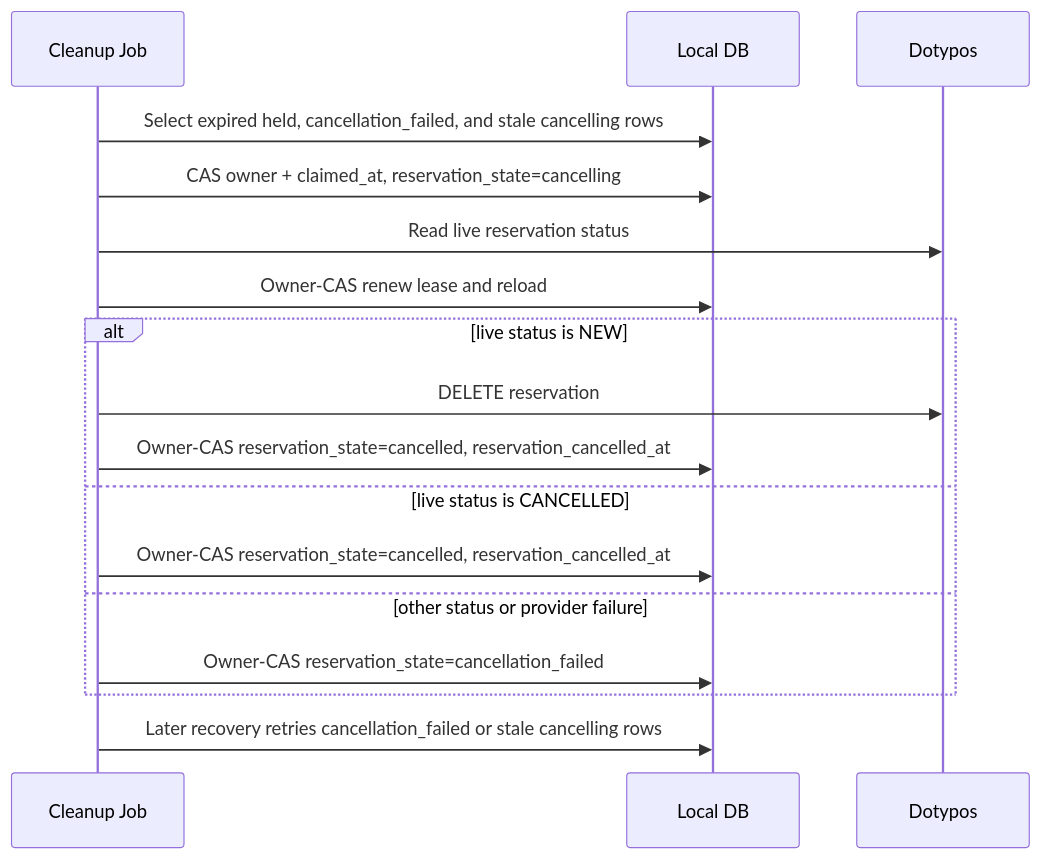
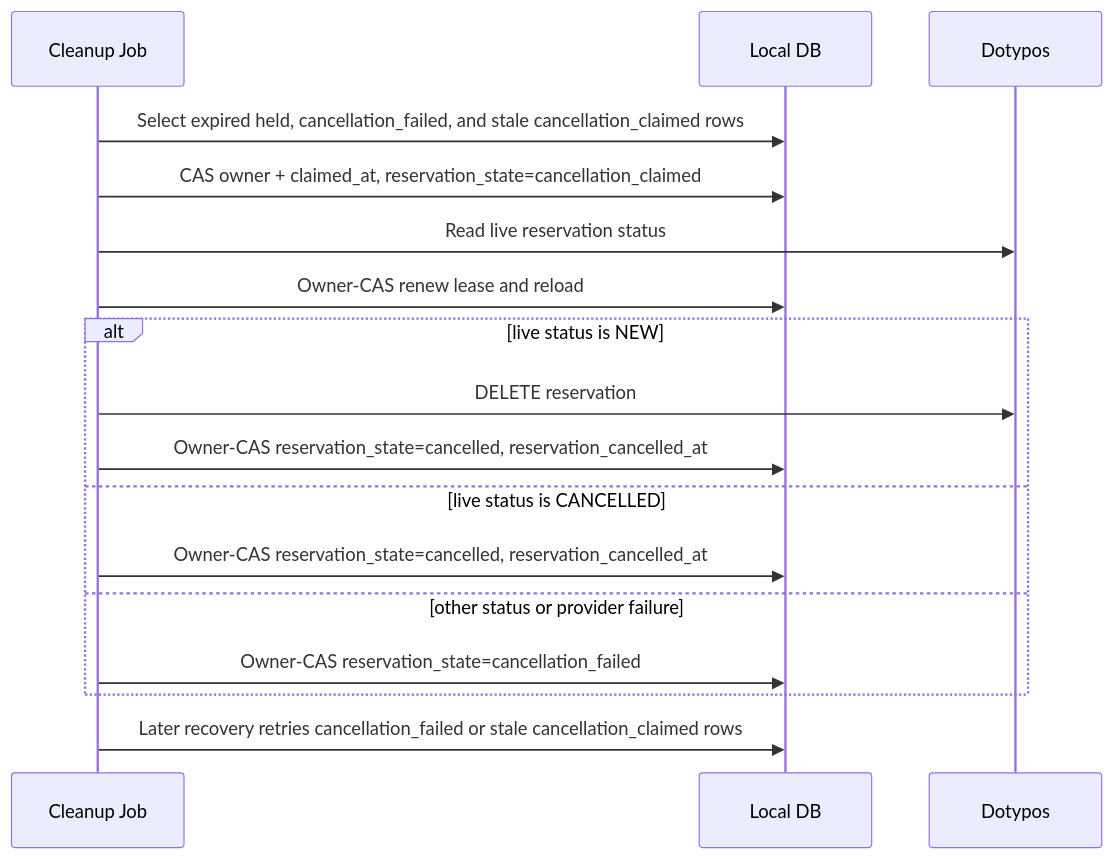
One commit to totalolage/deskohub-site changed the sixth of 6 diagrams in apps/deskohub-workspace/docs/checkout-lifecycle.md. Above: the diagram before and after it, drawn with Mermaid. The commit also changed other lines of this file and 18 other files, not shown here.

````diff
--- a/apps/deskohub-workspace/docs/checkout-lifecycle.md
+++ b/apps/deskohub-workspace/docs/checkout-lifecycle.md
@@ -507,20 +509,20 @@
 ```mermaid
 sequenceDiagram
   participant Job as Cleanup Job
   participant DB as Local DB
   participant Dotypos
 
-  Job->>DB: Select expired held, cancellation_failed, and stale cancelling rows
-  Job->>DB: CAS owner + claimed_at, reservation_state=cancelling
+  Job->>DB: Select expired held, cancellation_failed, and stale cancellation_claimed rows
+  Job->>DB: CAS owner + claimed_at, reservation_state=cancellation_claimed
   Job->>Dotypos: Read live reservation status
   Job->>DB: Owner-CAS renew lease and reload
   alt live status is NEW
     Job->>Dotypos: DELETE reservation
     Job->>DB: Owner-CAS reservation_state=cancelled, reservation_cancelled_at
   else live status is CANCELLED
     Job->>DB: Owner-CAS reservation_state=cancelled, reservation_cancelled_at
   else other status or provider failure
     Job->>DB: Owner-CAS reservation_state=cancellation_failed
   end
-  Job->>DB: Later recovery retries cancellation_failed or stale cancelling rows
+  Job->>DB: Later recovery retries cancellation_failed or stale cancellation_claimed rows
 ```
````
